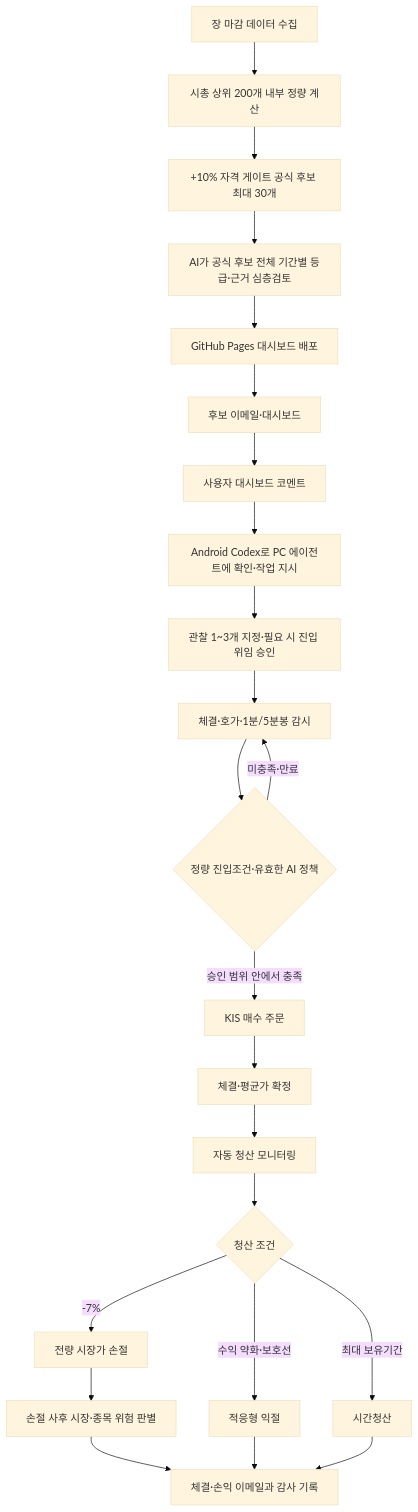
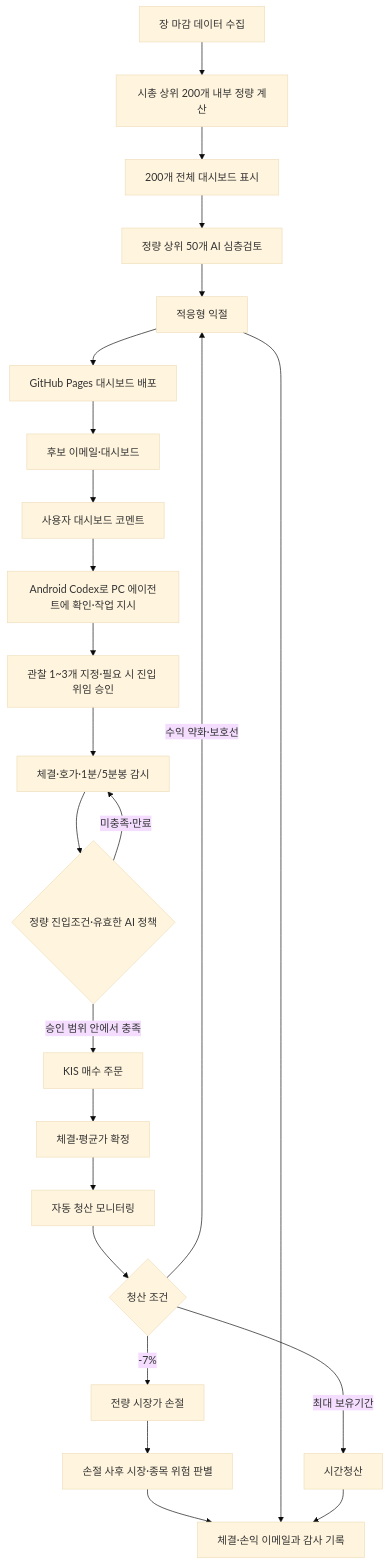
One commit to sungha-uu/danta changed the diagram in DOCS/PRODUCT_AND_WORKFLOW.md. Above: the diagram before and after it, drawn with Mermaid (base theme). The commit also changed other lines of this file and 44 other files, not shown here.

````diff
--- a/DOCS/PRODUCT_AND_WORKFLOW.md
+++ b/DOCS/PRODUCT_AND_WORKFLOW.md
@@ -40,25 +40,26 @@
 ```mermaid
 flowchart TD
     A["장 마감 데이터 수집"] --> B["시총 상위 200개 내부 정량 계산"]
-    B --> C["+10% 자격 게이트 공식 후보 최대 30개"]
-    C --> D["AI가 공식 후보 전체 기간별 등급·근거 심층검토"]
-    D --> PAGES["GitHub Pages 대시보드 배포"]
+    B --> C["200개 전체 대시보드 표시"]
+    C --> D["정량 상위 50개 AI 심층검토"]
+    D --> O["+10% 자격 게이트 공식 주문 후보 최대 30개"]
+    O --> PAGES["GitHub Pages 대시보드 배포"]
     PAGES --> E["후보 이메일·대시보드"]
     E --> F["사용자 대시보드 코멘트"]
     F --> G["Android Codex로 PC 에이전트에 확인·작업 지시"]
     G --> S["관찰 1~3개 지정·필요 시 진입 위임 승인"]
     S --> H["체결·호가·1분/5분봉 감시"]
     H --> I{"정량 진입조건·유효한 AI 정책"}
     I -- "미충족·만료" --> H
     I -- "승인 범위 안에서 충족" --> J["KIS 매수 주문"]
     J --> K["체결·평균가 확정"]
     K --> L["자동 청산 모니터링"]
     L --> M{"청산 조건"}
     M -- "-7%" --> N["전량 시장가 손절"]
     M -- "수익 약화·보호선" --> O["적응형 익절"]
     M -- "최대 보유기간" --> P["시간청산"]
     N --> R["손절 사후 시장·종목 위험 판별"]
     R --> Q["체결·손익 이메일과 감사 기록"]
     O --> Q
     P --> Q
 ```
````
